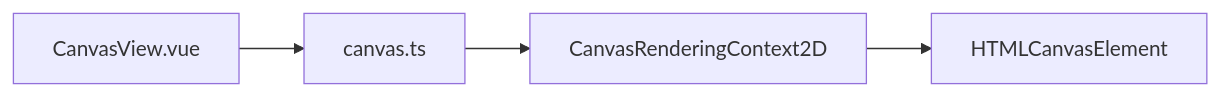
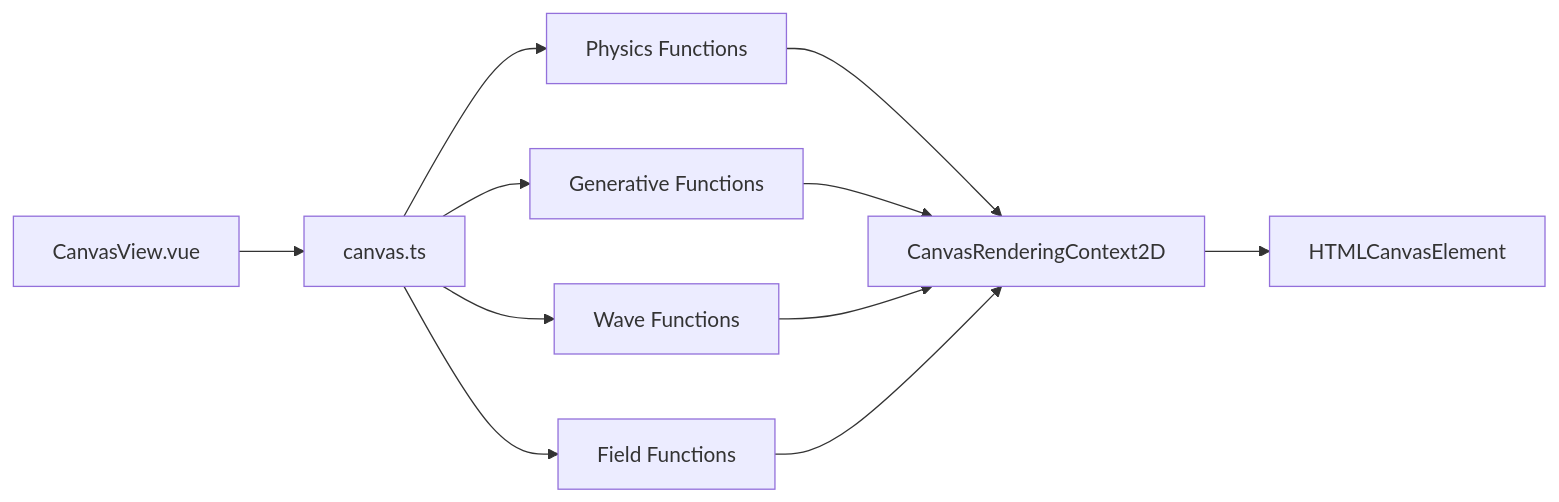
One commit to adminfyy/adminfyy.github.io changed the seventh of 7 diagrams in .qoder/repowiki/en/content/Interactive Applications/Canvas Drawing System.md. Above: the diagram before and after it, drawn with Mermaid. The commit also changed other lines of this file and 34 other files, not shown here.

````diff
--- a/.qoder/repowiki/en/content/Interactive Applications/Canvas Drawing System.md
+++ b/.qoder/repowiki/en/content/Interactive Applications/Canvas Drawing System.md
@@ -224,6 +452,13 @@
 ```mermaid
 graph LR
 VUE["CanvasView.vue"] --> UTIL["canvas.ts"]
-UTIL --> CTX["CanvasRenderingContext2D"]
+UTIL --> PHYS["Physics Functions"]
+UTIL --> GEN["Generative Functions"]
+UTIL --> WAVE["Wave Functions"]
+UTIL --> FLOW["Field Functions"]
+PHYS --> CTX["CanvasRenderingContext2D"]
+GEN --> CTX
+WAVE --> CTX
+FLOW --> CTX
 CTX --> CAN["HTMLCanvasElement"]
 ```
````
